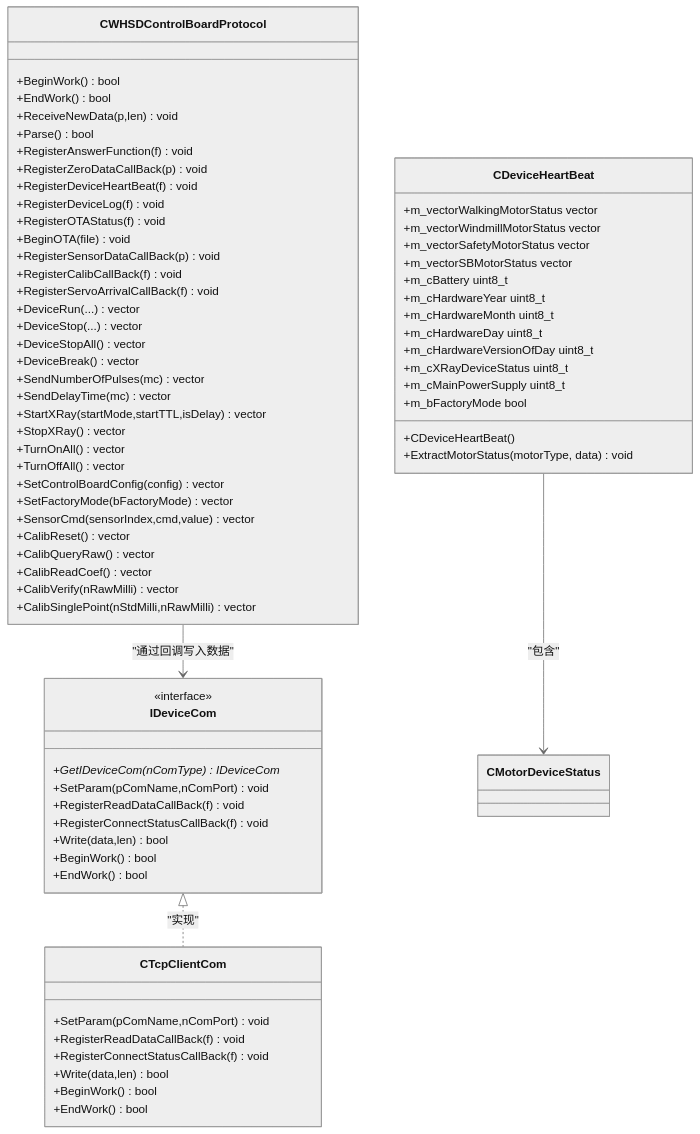
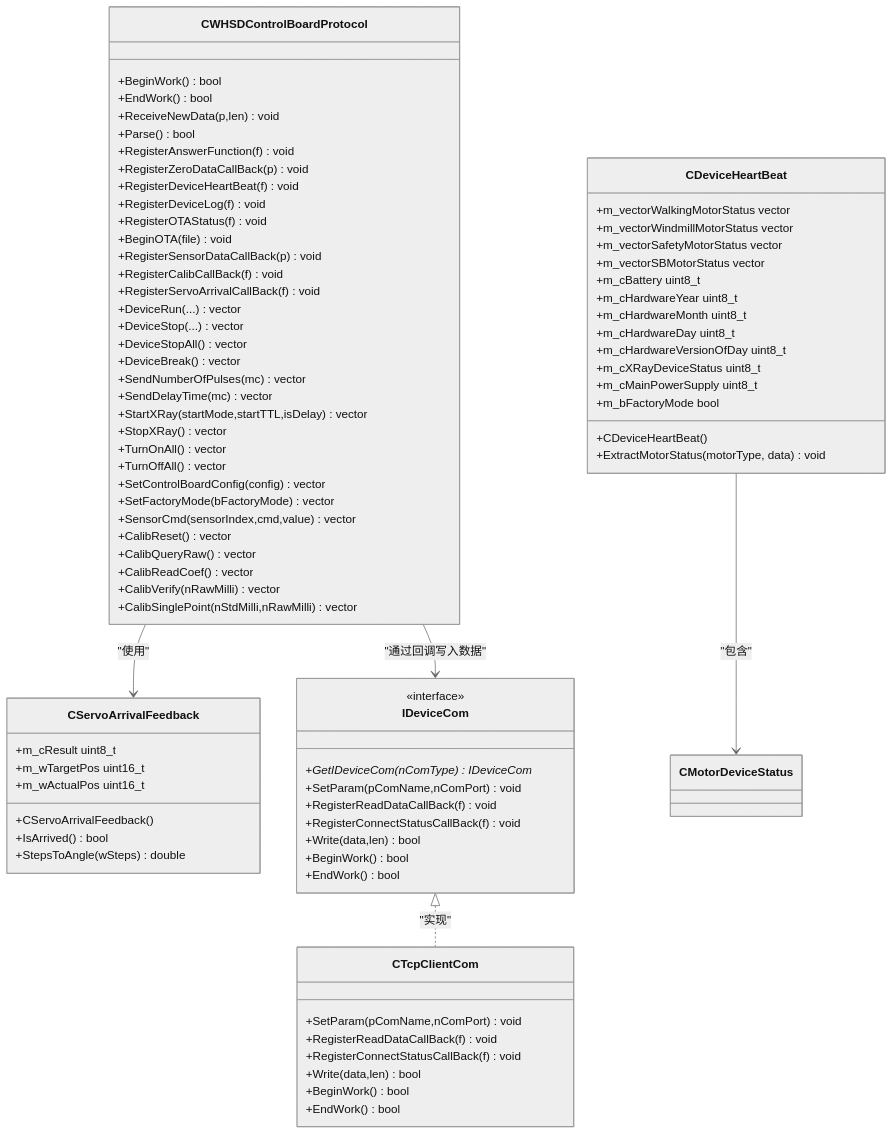
The third of 6 diagrams in .qoder/repowiki/zh/content/核心模块/协议处理模块.md (yangreest/Zero-value-Insulator-Robot-V2), drawn with Mermaid (neutral theme) before and after one commit. The commit also changed other lines of this file and 4 other files, not shown here.

````diff
--- a/.qoder/repowiki/zh/content/核心模块/协议处理模块.md
+++ b/.qoder/repowiki/zh/content/核心模块/协议处理模块.md
@@ -201,73 +206,82 @@
 ```mermaid
 classDiagram
 class CWHSDControlBoardProtocol {
 +BeginWork() bool
 +EndWork() bool
 +ReceiveNewData(p,len) void
 +Parse() bool
 +RegisterAnswerFunction(f) void
 +RegisterZeroDataCallBack(p) void
 +RegisterDeviceHeartBeat(f) void
 +RegisterDeviceLog(f) void
 +RegisterOTAStatus(f) void
 +BeginOTA(file) void
 +RegisterSensorDataCallBack(p) void
 +RegisterCalibCallBack(f) void
 +RegisterServoArrivalCallBack(f) void
 +DeviceRun(...) vector<uint8_t>
 +DeviceStop(...) vector<uint8_t>
 +DeviceStopAll() vector<uint8_t>
 +DeviceBreak() vector<uint8_t>
 +SendNumberOfPulses(mc) vector<uint8_t>
 +SendDelayTime(mc) vector<uint8_t>
 +StartXRay(startMode,startTTL,isDelay) vector<uint8_t>
 +StopXRay() vector<uint8_t>
 +TurnOnAll() vector<uint8_t>
 +TurnOffAll() vector<uint8_t>
 +SetControlBoardConfig(config) vector<uint8_t>
 +SetFactoryMode(bFactoryMode) vector<uint8_t>
 +SensorCmd(sensorIndex,cmd,value) vector<uint8_t>
 +CalibReset() vector<uint8_t>
 +CalibQueryRaw() vector<uint8_t>
 +CalibReadCoef() vector<uint8_t>
 +CalibVerify(nRawMilli) vector<uint8_t>
 +CalibSinglePoint(nStdMilli,nRawMilli) vector<uint8_t>
+}
+class CServoArrivalFeedback {
++CServoArrivalFeedback()
++m_cResult uint8_t
++m_wTargetPos uint16_t
++m_wActualPos uint16_t
++IsArrived() bool
++StepsToAngle(wSteps) double
 }
 class CDeviceHeartBeat {
 +CDeviceHeartBeat()
 +m_vectorWalkingMotorStatus vector<CMotorDeviceStatus>
 +m_vectorWindmillMotorStatus vector<CMotorDeviceStatus>
 +m_vectorSafetyMotorStatus vector<CMotorDeviceStatus>
 +m_vectorSBMotorStatus vector<CMotorDeviceStatus>
 +m_cBattery uint8_t
 +m_cHardwareYear uint8_t
 +m_cHardwareMonth uint8_t
 +m_cHardwareDay uint8_t
 +m_cHardwareVersionOfDay uint8_t
 +m_cXRayDeviceStatus uint8_t
 +m_cMainPowerSupply uint8_t
 +m_bFactoryMode bool
 +ExtractMotorStatus(motorType, data) void
 }
 class IDeviceCom {
 <<interface>>
 +GetIDeviceCom(nComType) IDeviceCom*
 +SetParam(pComName,nComPort) void
 +RegisterReadDataCallBack(f) void
 +RegisterConnectStatusCallBack(f) void
 +Write(data,len) bool
 +BeginWork() bool
 +EndWork() bool
 }
 class CTcpClientCom {
 +SetParam(pComName,nComPort) void
 +RegisterReadDataCallBack(f) void
 +RegisterConnectStatusCallBack(f) void
 +Write(data,len) bool
 +BeginWork() bool
 +EndWork() bool
 }
 CWHSDControlBoardProtocol --> IDeviceCom : "通过回调写入数据"
+CWHSDControlBoardProtocol --> CServoArrivalFeedback : "使用"
 CDeviceHeartBeat --> CMotorDeviceStatus : "包含"
 IDeviceCom <|.. CTcpClientCom : "实现"
 ```
````
